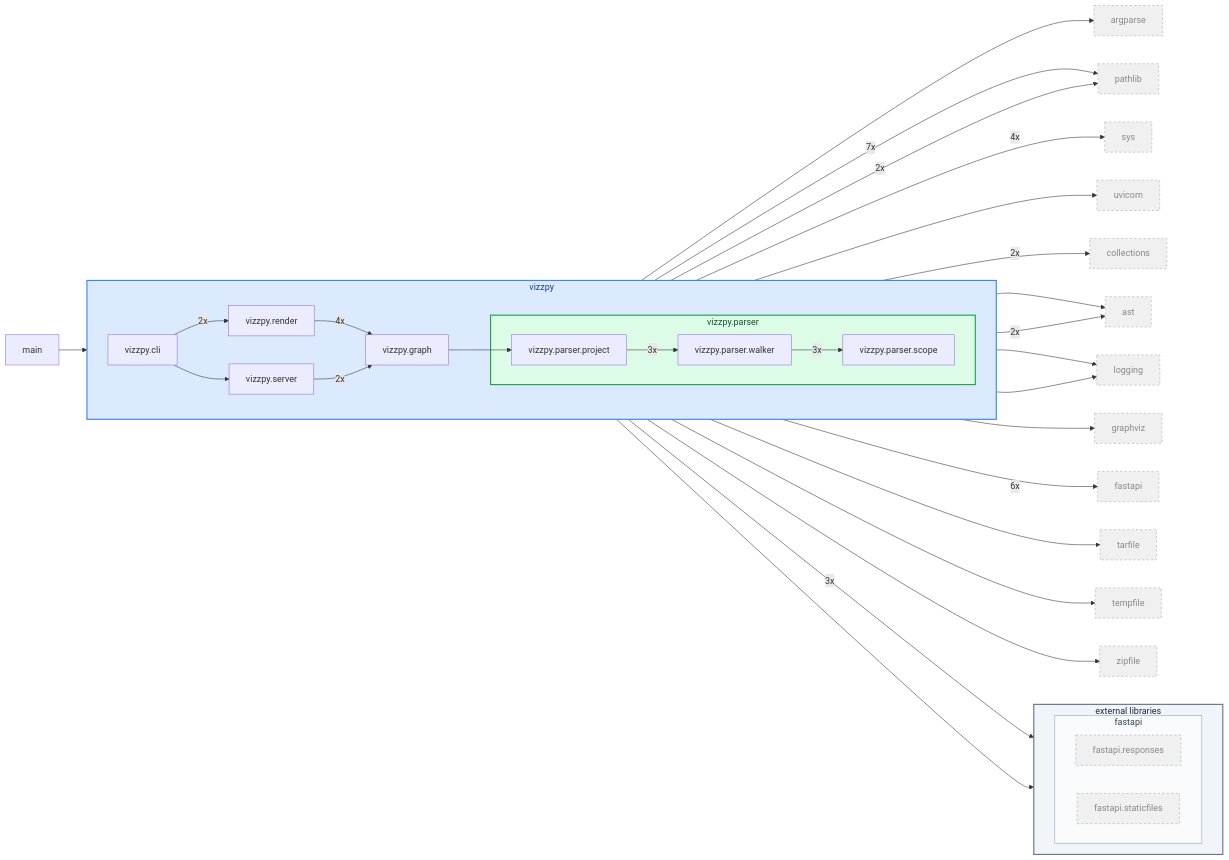
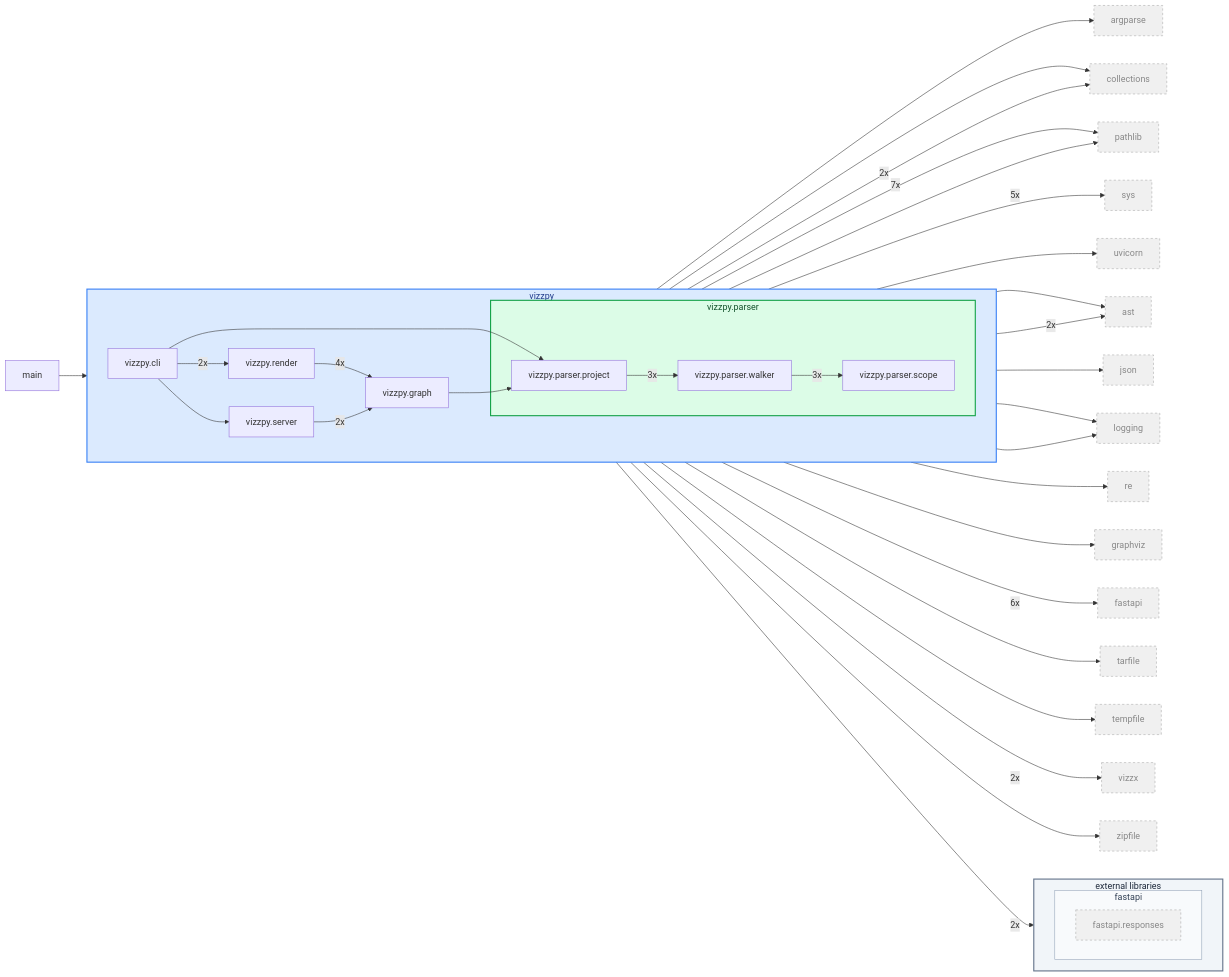
The diagram in examples/vizzpy_call_tree_modules.md (atulsaurav/vizzpy), drawn with Mermaid before and after one commit. The commit also changed 9 other files, not shown here.

````diff
--- a/examples/vizzpy_call_tree_modules.md
+++ b/examples/vizzpy_call_tree_modules.md
@@ -1,66 +1,72 @@
 ```mermaid
 flowchart LR
     subgraph vizzpy["vizzpy"]
         direction LR
         vizzpy__cli_["vizzpy.cli"]
         vizzpy__graph_["vizzpy.graph"]
         vizzpy__render_["vizzpy.render"]
         vizzpy__server_["vizzpy.server"]
         subgraph vizzpy_parser["vizzpy.parser"]
             vizzpy__parser__project_["vizzpy.parser.project"]
             vizzpy__parser__scope_["vizzpy.parser.scope"]
             vizzpy__parser__walker_["vizzpy.parser.walker"]
         end
     end
     argparse_["argparse"]
     ast_["ast"]
     collections_["collections"]
     fastapi_["fastapi"]
     graphviz_["graphviz"]
+    json_["json"]
     logging_["logging"]
     main_["main"]
     pathlib_["pathlib"]
+    re_["re"]
     sys_["sys"]
     tarfile_["tarfile"]
     tempfile_["tempfile"]
     uvicorn_["uvicorn"]
+    vizzx_["vizzx"]
     zipfile_["zipfile"]
     subgraph __ext__["external libraries"]
         direction LR
         subgraph fastapi["fastapi"]
             fastapi__responses_["fastapi.responses"]
-            fastapi__staticfiles_["fastapi.staticfiles"]
         end
     end
     style vizzpy fill:#dbeafe,stroke:#3b82f6,color:#1e3a8a,stroke-width:2px
     style vizzpy_parser fill:#dcfce7,stroke:#16a34a,color:#14532d,stroke-width:2px
     style __ext__ fill:#f1f5f9,stroke:#64748b,color:#1e293b,stroke-width:2px
     style fastapi fill:#f8fafc,stroke:#94a3b8,color:#334155,stroke-width:1px
     main_ --> vizzpy__cli_
     vizzpy__cli_ --> argparse_
+    vizzpy__cli_ --> collections_
     vizzpy__cli_ -->|"7x"| pathlib_
-    vizzpy__cli_ -->|"4x"| sys_
+    vizzpy__cli_ -->|"5x"| sys_
     vizzpy__cli_ --> uvicorn_
+    vizzpy__cli_ --> vizzpy__parser__project_
     vizzpy__cli_ -->|"2x"| vizzpy__render_
     vizzpy__cli_ --> vizzpy__server_
     vizzpy__graph_ -->|"2x"| collections_
     vizzpy__graph_ --> vizzpy__parser__project_
     vizzpy__parser__project_ --> ast_
+    vizzpy__parser__project_ --> json_
     vizzpy__parser__project_ --> logging_
+    vizzpy__parser__project_ --> re_
     vizzpy__parser__project_ -->|"3x"| vizzpy__parser__walker_
     vizzpy__parser__walker_ -->|"2x"| ast_
     vizzpy__parser__walker_ -->|"3x"| vizzpy__parser__scope_
     vizzpy__render_ --> graphviz_
     vizzpy__render_ -->|"4x"| vizzpy__graph_
     vizzpy__server_ -->|"6x"| fastapi_
-    vizzpy__server_ -->|"3x"| fastapi__responses_
-    vizzpy__server_ --> fastapi__staticfiles_
+    vizzpy__server_ -->|"2x"| fastapi__responses_
     vizzpy__server_ --> logging_
-    vizzpy__server_ -->|"2x"| pathlib_
+    vizzpy__server_ --> pathlib_
     vizzpy__server_ --> tarfile_
     vizzpy__server_ --> tempfile_
     vizzpy__server_ -->|"2x"| vizzpy__graph_
+    vizzpy__server_ -->|"2x"| vizzx_
     vizzpy__server_ --> zipfile_
     classDef external fill:#f0f0f0,stroke:#aaaaaa,color:#888888,stroke-dasharray:4
-    class argparse_,ast_,collections_,fastapi_,fastapi__responses_,fastapi__staticfiles_,graphviz_,logging_,pathlib_,sys_,tarfile_,tempfile_,uvicorn_,zipfile_ external
+    class argparse_,ast_,collections_,fastapi_,fastapi__responses_,graphviz_,json_,logging_,pathlib_,re_,sys_,tarfile_,tempfile_,uvicorn_,vizzx_,zipfile_ external
 ```
````
